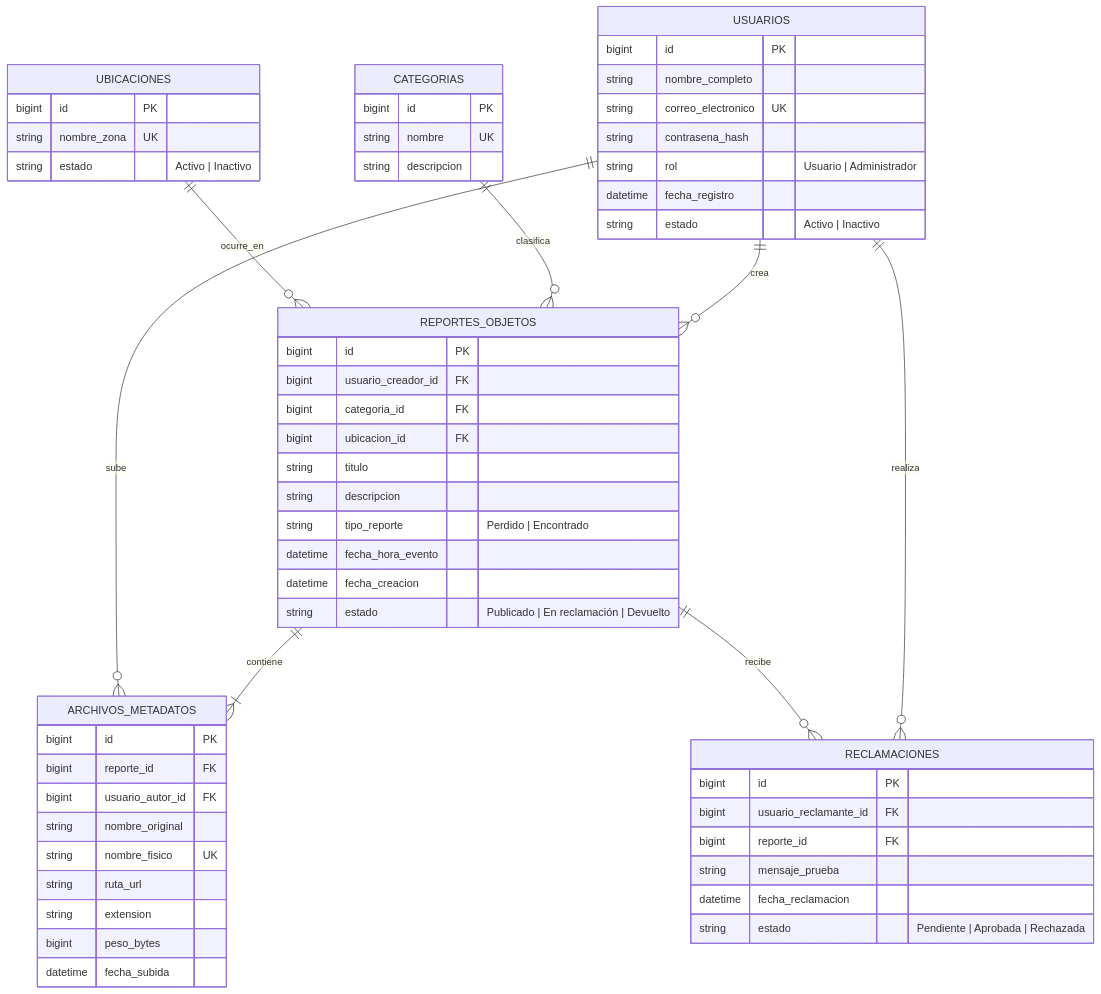
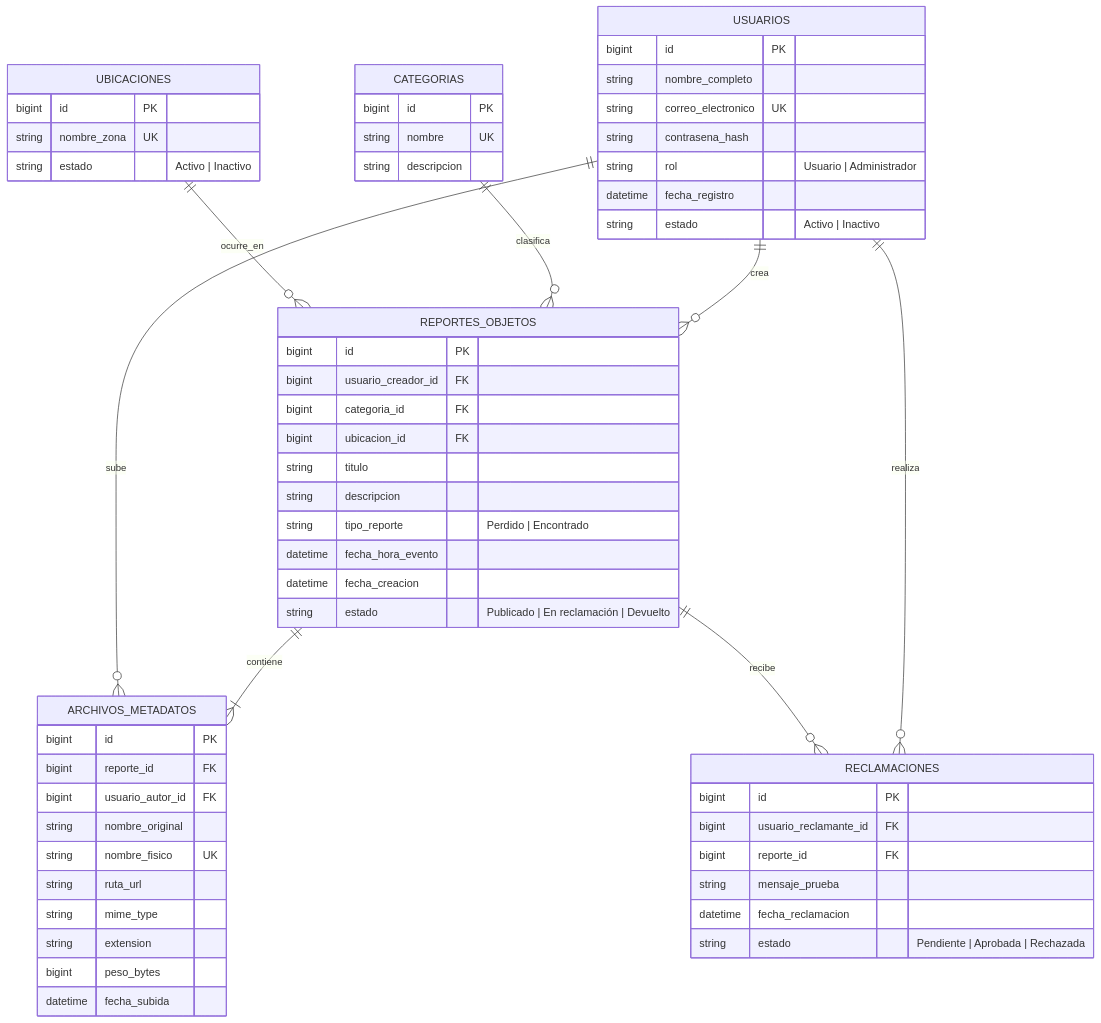
The diagram in docs/mer.md (juanffff-hub/buscacampus-project), drawn with Mermaid before and after one commit. The commit also changed 2 other files, not shown here.

Commit message:
feat(db): evolucionar el esquema para el Avance 2

````diff
--- a/docs/mer.md
+++ b/docs/mer.md
@@ -5,61 +5,62 @@
 ```mermaid
 erDiagram
     USUARIOS ||--o{ REPORTES_OBJETOS : crea
     CATEGORIAS ||--o{ REPORTES_OBJETOS : clasifica
     UBICACIONES ||--o{ REPORTES_OBJETOS : ocurre_en
     REPORTES_OBJETOS ||--|{ ARCHIVOS_METADATOS : contiene
     USUARIOS ||--o{ ARCHIVOS_METADATOS : sube
     USUARIOS ||--o{ RECLAMACIONES : realiza
     REPORTES_OBJETOS ||--o{ RECLAMACIONES : recibe
 
     USUARIOS {
       bigint id PK
       string nombre_completo
       string correo_electronico UK
       string contrasena_hash
       string rol "Usuario | Administrador"
       datetime fecha_registro
       string estado "Activo | Inactivo"
     }
     CATEGORIAS {
       bigint id PK
       string nombre UK
       string descripcion
     }
     UBICACIONES {
       bigint id PK
       string nombre_zona UK
       string estado "Activo | Inactivo"
     }
     REPORTES_OBJETOS {
       bigint id PK
       bigint usuario_creador_id FK
       bigint categoria_id FK
       bigint ubicacion_id FK
       string titulo
       string descripcion
       string tipo_reporte "Perdido | Encontrado"
       datetime fecha_hora_evento
       datetime fecha_creacion
       string estado "Publicado | En reclamación | Devuelto"
     }
     ARCHIVOS_METADATOS {
       bigint id PK
       bigint reporte_id FK
       bigint usuario_autor_id FK
       string nombre_original
       string nombre_fisico UK
       string ruta_url
+      string mime_type
       string extension
       bigint peso_bytes
       datetime fecha_subida
     }
     RECLAMACIONES {
       bigint id PK
       bigint usuario_reclamante_id FK
       bigint reporte_id FK
       string mensaje_prueba
       datetime fecha_reclamacion
       string estado "Pendiente | Aprobada | Rechazada"
     }
 ```
````
